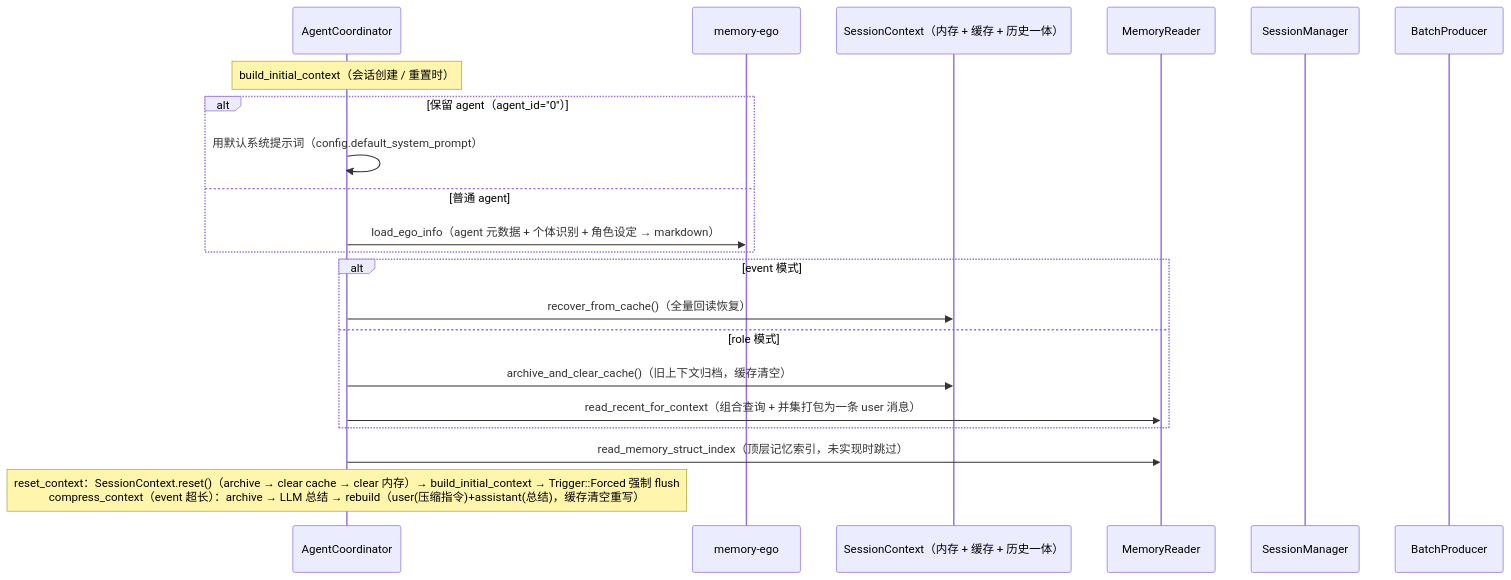
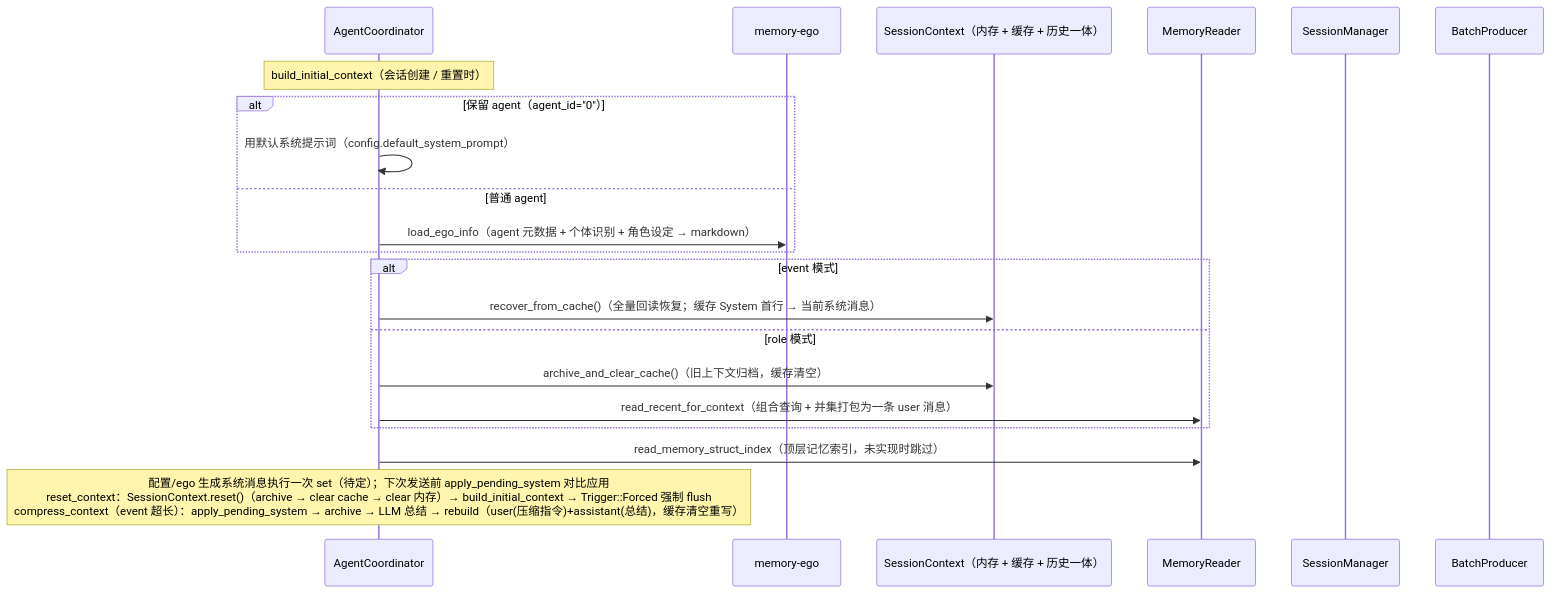
One commit to coldcloude/kissbot changed the fifth of 5 diagrams in docs/spec/kissbot-agent-modules.md. Above: the diagram before and after it, drawn with Mermaid. The commit also changed other lines of this file and 2 other files, not shown here.

Commit message:
feat(agent): 系统消息纳入缓存/历史，set 待定懒切换，发送前对比应用
- 缓存与历史格式统一为：System 首行（如有）+ 消息行（<session_key编码>.jsonl）；
  历史归档 = 当前内存 + 当前系统消息直接写文件
- set_system_message 只保存待定（pending_system，多次 set 只保留最近一次），
  不动当前系统消息；apply_pending_system（下次发送时调用）对比当前：
  无待定返回 / 一致仅清空待定 / 不一致 → 旧上下文（含原系统消息）写成历史 →
  替换新系统消息 → 重建缓存
- 启动流程：event 先 recover_from_cache（缓存 System 首行 → 当前系统消息），
  配置/ego 生成的系统消息再执行一次 set（待定）；发送前（run_agentic_loop /
  compress_context 入口）apply_pending_system
- append_cache 新文件创建时落 System 首行（重写路径复用，避免 System 重复行）；
  recover 读回 System 放当前，其余消息走崩溃一致性清理
- 新增 2 个测试（懒切换/一致清空、不一致归档旧系统上下文+重建缓存），
  共 110 个全部通过；spec 文档同步

````diff
--- a/docs/spec/kissbot-agent-modules.md
+++ b/docs/spec/kissbot-agent-modules.md
@@ -185,24 +186,24 @@
 ```mermaid
 sequenceDiagram
     participant CO as AgentCoordinator
     participant EG as memory-ego
     participant SC as SessionContext（内存 + 缓存 + 历史一体）
     participant MR as MemoryReader
     participant SM as SessionManager
     participant BP as BatchProducer
 
     Note over CO: build_initial_context（会话创建 / 重置时）
     alt 保留 agent（agent_id="0"）
         CO->>CO: 用默认系统提示词（config.default_system_prompt）
     else 普通 agent
         CO->>EG: load_ego_info（agent 元数据 + 个体识别 + 角色设定 → markdown）
     end
     alt event 模式
-        CO->>SC: recover_from_cache()（全量回读恢复）
+        CO->>SC: recover_from_cache()（全量回读恢复；缓存 System 首行 → 当前系统消息）
     else role 模式
         CO->>SC: archive_and_clear_cache()（旧上下文归档，缓存清空）
         CO->>MR: read_recent_for_context（组合查询 + 并集打包为一条 user 消息）
     end
     CO->>MR: read_memory_struct_index（顶层记忆索引，未实现时跳过）
-    Note over CO: reset_context：SessionContext.reset()（archive → clear cache → clear 内存）→ build_initial_context → Trigger::Forced 强制 flush<br/>compress_context（event 超长）：archive → LLM 总结 → rebuild（user(压缩指令)+assistant(总结)，缓存清空重写）
+    Note over CO: 配置/ego 生成系统消息执行一次 set（待定）；下次发送前 apply_pending_system 对比应用<br/>reset_context：SessionContext.reset()（archive → clear cache → clear 内存）→ build_initial_context → Trigger::Forced 强制 flush<br/>compress_context（event 超长）：apply_pending_system → archive → LLM 总结 → rebuild（user(压缩指令)+assistant(总结)，缓存清空重写）
 ```
````
